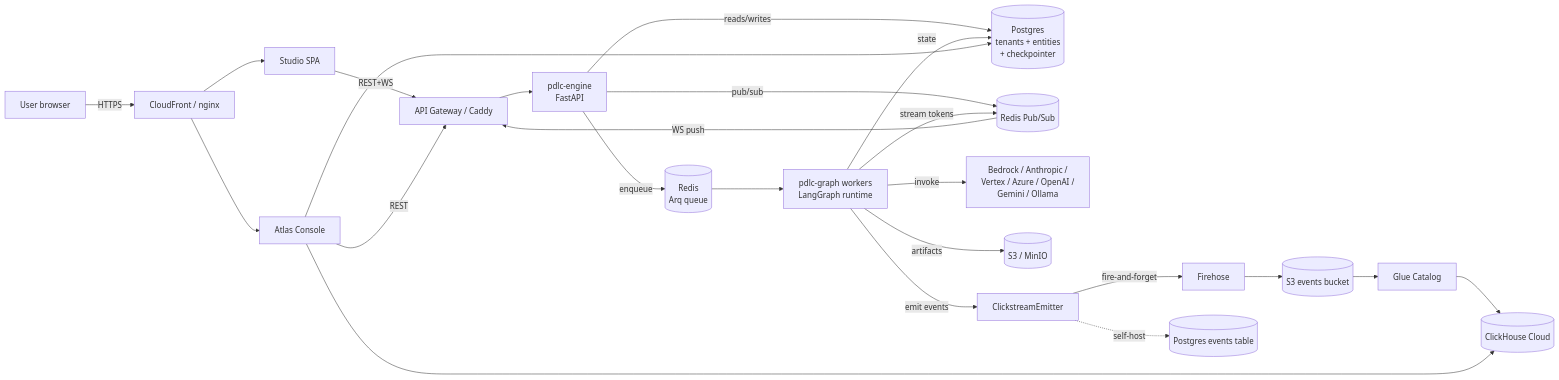
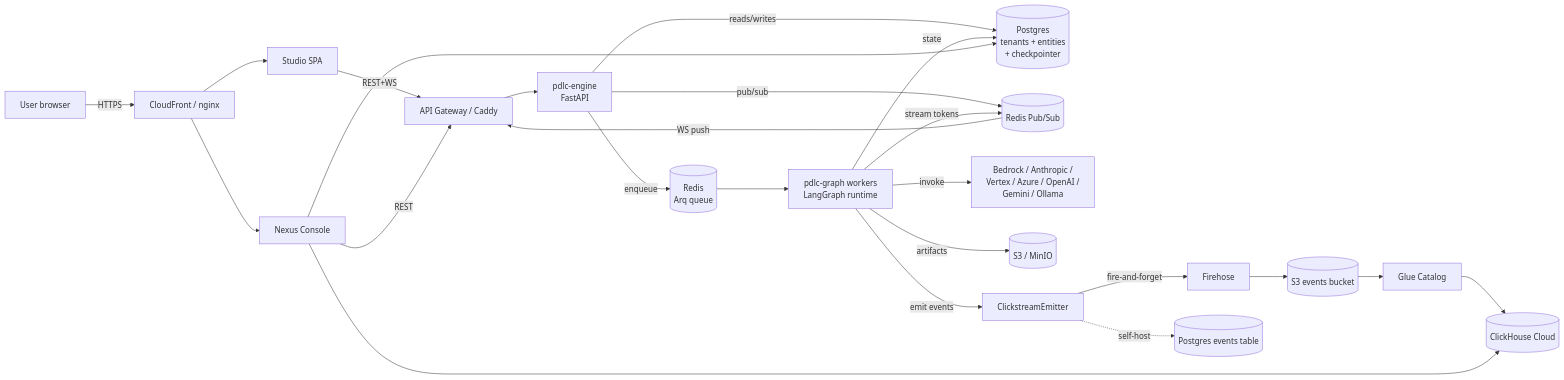
Before and after one commit to pdlc-os/pdlcflow: the first of 5 diagrams in docs/.research/.langgraph-bedrock-saas-migration-2026-06-05.md, drawn with Mermaid. The commit also changed other lines of this file and 24 other files, not shown here.

First line of the commit message:
docs+ui: rename 'Atlas Console' → 'Nexus Console' (avoid clash with Atlas the agent)

````diff
--- a/docs/.research/.langgraph-bedrock-saas-migration-2026-06-05.md
+++ b/docs/.research/.langgraph-bedrock-saas-migration-2026-06-05.md
@@ -86,26 +86,26 @@
 ```mermaid
 graph LR
   U[User browser] -->|HTTPS| CF[CloudFront / nginx]
   CF --> S[Studio SPA]
-  CF --> AC[Atlas Console]
+  CF --> AC[Nexus Console]
   S -->|REST+WS| GW[API Gateway / Caddy]
   AC -->|REST| GW
   GW --> E[pdlc-engine<br/>FastAPI]
   E -->|enqueue| Q[(Redis<br/>Arq queue)]
   E -->|reads/writes| PG[(Postgres<br/>tenants + entities<br/>+ checkpointer)]
   E -->|pub/sub| RPS[(Redis Pub/Sub)]
   Q --> W[pdlc-graph workers<br/>LangGraph runtime]
   W -->|invoke| BR[Bedrock / Anthropic /<br/>Vertex / Azure / OpenAI /<br/>Gemini / Ollama]
   W -->|state| PG
   W -->|stream tokens| RPS
   W -->|artifacts| S3[(S3 / MinIO)]
   W -->|emit events| EM[ClickstreamEmitter]
   EM -->|fire-and-forget| FH[Firehose]
   FH --> S3E[(S3 events bucket)]
   S3E --> GL[Glue Catalog]
   GL --> CH[(ClickHouse Cloud)]
   EM -.self-host.-> PGE[(Postgres events table)]
   RPS -->|WS push| GW
   AC --> CH
   AC --> PG
 ```
````
